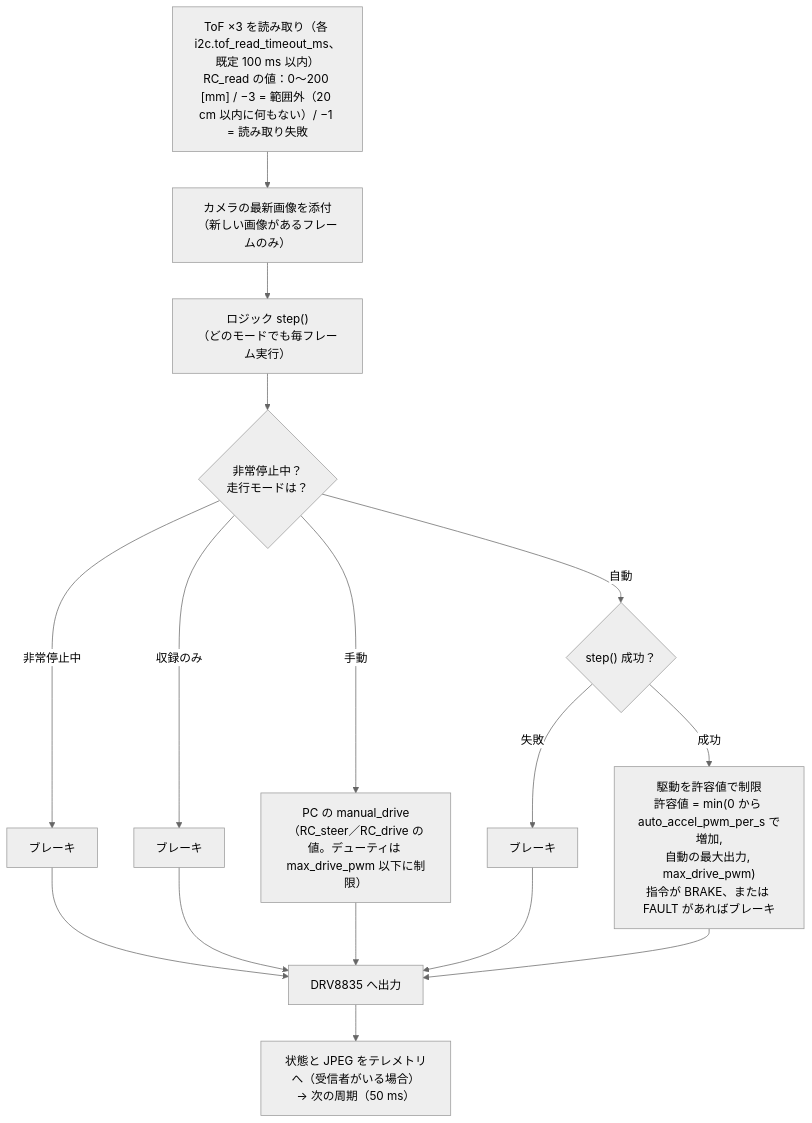
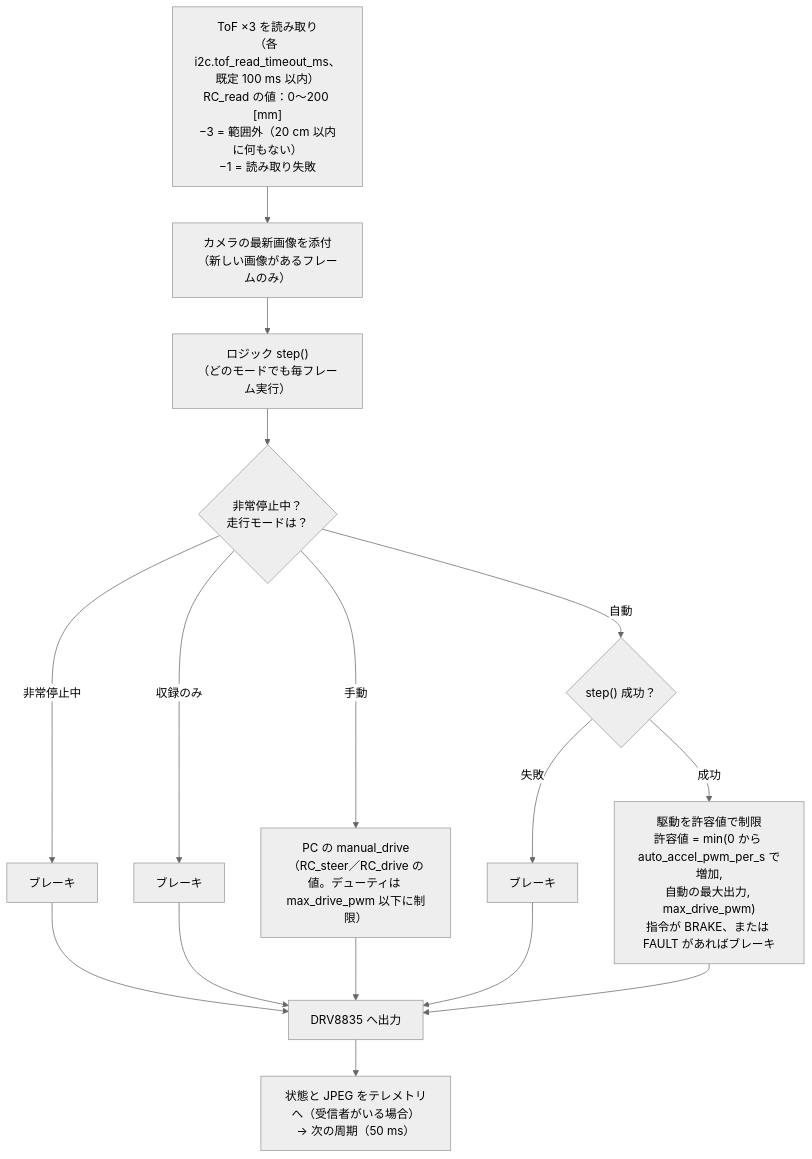
One commit to RumiCar-group/RumiCar-Zero2Cam changed the diagram in docs/figures/ja/10-frame.mmd. Above: the diagram before and after it, drawn with Mermaid (neutral theme). The commit also changed 8 other files, not shown here.

```diff
--- a/docs/figures/ja/10-frame.mmd
+++ b/docs/figures/ja/10-frame.mmd
@@ -1,16 +1,16 @@
 flowchart TD
-    A["ToF ×3 を読み取り（各 i2c.tof_read_timeout_ms、既定 100 ms 以内）<br/>RC_read の値：0〜200 [mm] / −3 = 範囲外（20 cm 以内に何もない）/ −1 = 読み取り失敗"] --> B["カメラの最新画像を添付<br/>（新しい画像があるフレームのみ）"]
+    A["ToF ×3 を読み取り<br/>（各 i2c.tof_read_timeout_ms、既定 100 ms 以内）<br/>RC_read の値：0〜200 [mm]<br/>−3 = 範囲外（20 cm 以内に何もない）<br/>−1 = 読み取り失敗"] --> B["カメラの最新画像を添付<br/>（新しい画像があるフレームのみ）"]
     B --> C["ロジック step()<br/>（どのモードでも毎フレーム実行）"]
     C --> E{"非常停止中？<br/>走行モードは？"}
     E -->|"非常停止中"| B1["ブレーキ"]
     E -->|"収録のみ"| B2["ブレーキ"]
     E -->|"手動"| H["PC の manual_drive<br/>（RC_steer／RC_drive の値。デューティは max_drive_pwm 以下に制限）"]
     E -->|"自動"| F{"step() 成功？"}
     F -->|"失敗"| B3["ブレーキ"]
     F -->|"成功"| G["駆動を許容値で制限<br/>許容値 = min(0 から auto_accel_pwm_per_s で増加,<br/>自動の最大出力, max_drive_pwm)<br/>指令が BRAKE、または FAULT があればブレーキ"]
     B1 --> MO["DRV8835 へ出力"]
     B2 --> MO
     B3 --> MO
     H --> MO
     G --> MO
     MO --> T["状態と JPEG をテレメトリへ（受信者がいる場合）<br/>→ 次の周期（50 ms）"]
```
